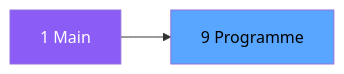
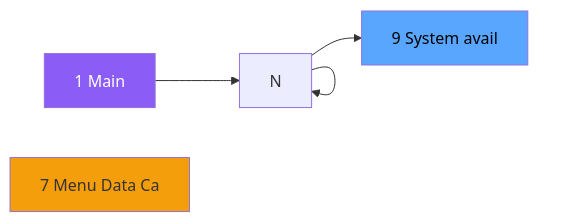
Before and after one commit to thonyAGP/magic-migration: the second of 3 diagrams in .openspec/specs/ADH-IDE-9.md, drawn with Mermaid. The commit also changed other lines of this file and 323 other files, not shown here.

````diff
--- a/.openspec/specs/ADH-IDE-9.md
+++ b/.openspec/specs/ADH-IDE-9.md
@@ -98,8 +107,13 @@
 ```mermaid
 graph LR
     M[1 Main]
-    T[9 Programme]
-    M --> T
+    N7[7 Menu Data Ca]
+    T[9 System avail]
+    M --> N
+    N --> N
+    N --> N
+    N --> T
     style M fill:#8b5cf6,color:#fff
+    style N7 fill:#f59e0b
     style T fill:#58a6ff,color:#000
 ```
````
